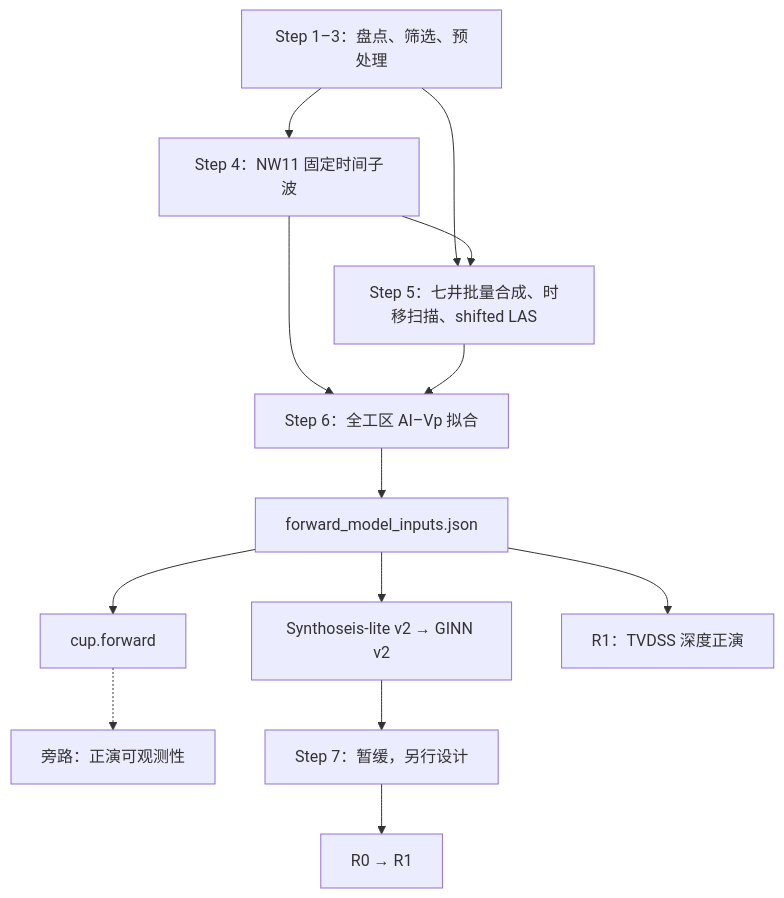
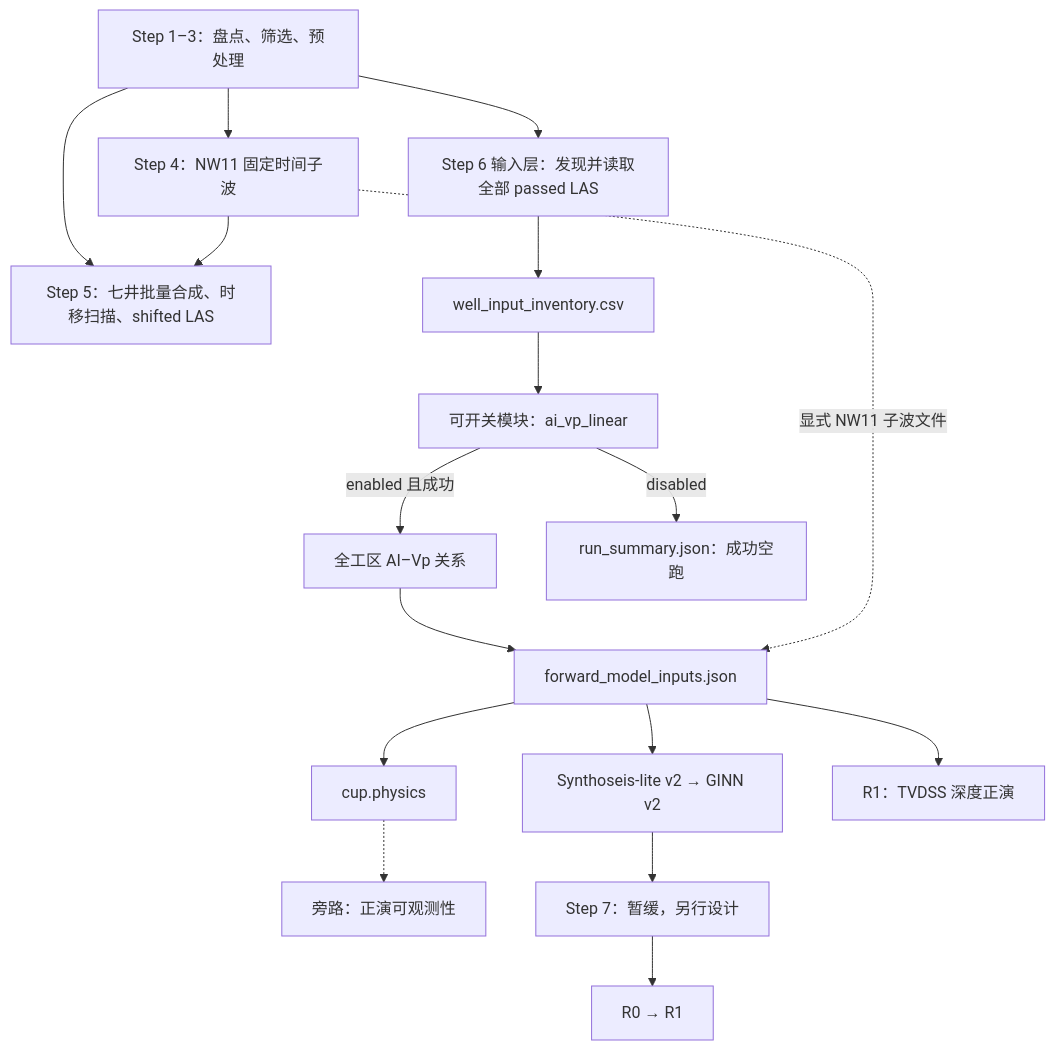
One commit to oimero/inversion_workflow changed the diagram in docs/spec/DEPTH_DOMAIN_FORWARD_REFACTOR.md. Above: the diagram before and after it, drawn with Mermaid. The commit also changed other lines of this file and 19 other files, not shown here.

````diff
--- a/docs/spec/DEPTH_DOMAIN_FORWARD_REFACTOR.md
+++ b/docs/spec/DEPTH_DOMAIN_FORWARD_REFACTOR.md
@@ -385,15 +387,19 @@
 ```mermaid
 flowchart TD
     A["Step 1–3：盘点、筛选、预处理"] --> B["Step 4：NW11 固定时间子波"]
     A --> C["Step 5：七井批量合成、时移扫描、shifted LAS"]
     B --> C
-    B --> D["Step 6：全工区 AI–Vp 拟合"]
-    C --> D
-    D --> E["forward_model_inputs.json"]
-    E --> F["cup.forward"]
+    A --> D["Step 6 输入层：发现并读取全部 passed LAS"]
+    D --> I["well_input_inventory.csv"]
+    I --> M["可开关模块：ai_vp_linear"]
+    M -->|enabled 且成功| RP["全工区 AI–Vp 关系"]
+    M -->|disabled| U["run_summary.json：成功空跑"]
+    RP --> E["forward_model_inputs.json"]
+    B -.->|显式 NW11 子波文件| E
+    E --> F["cup.physics"]
     E --> G["Synthoseis-lite v2 → GINN v2"]
     E --> H["R1：TVDSS 深度正演"]
     F -.-> P["旁路：正演可观测性"]
     G --> S["Step 7：暂缓，另行设计"]
-    S --> R["R0 → R1"]
+    S --> Z["R0 → R1"]
 ```
````
